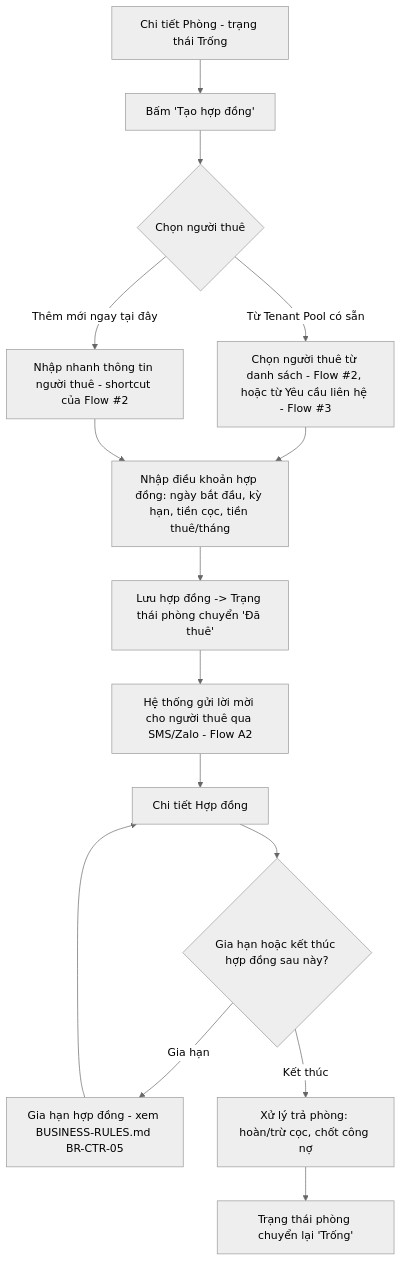
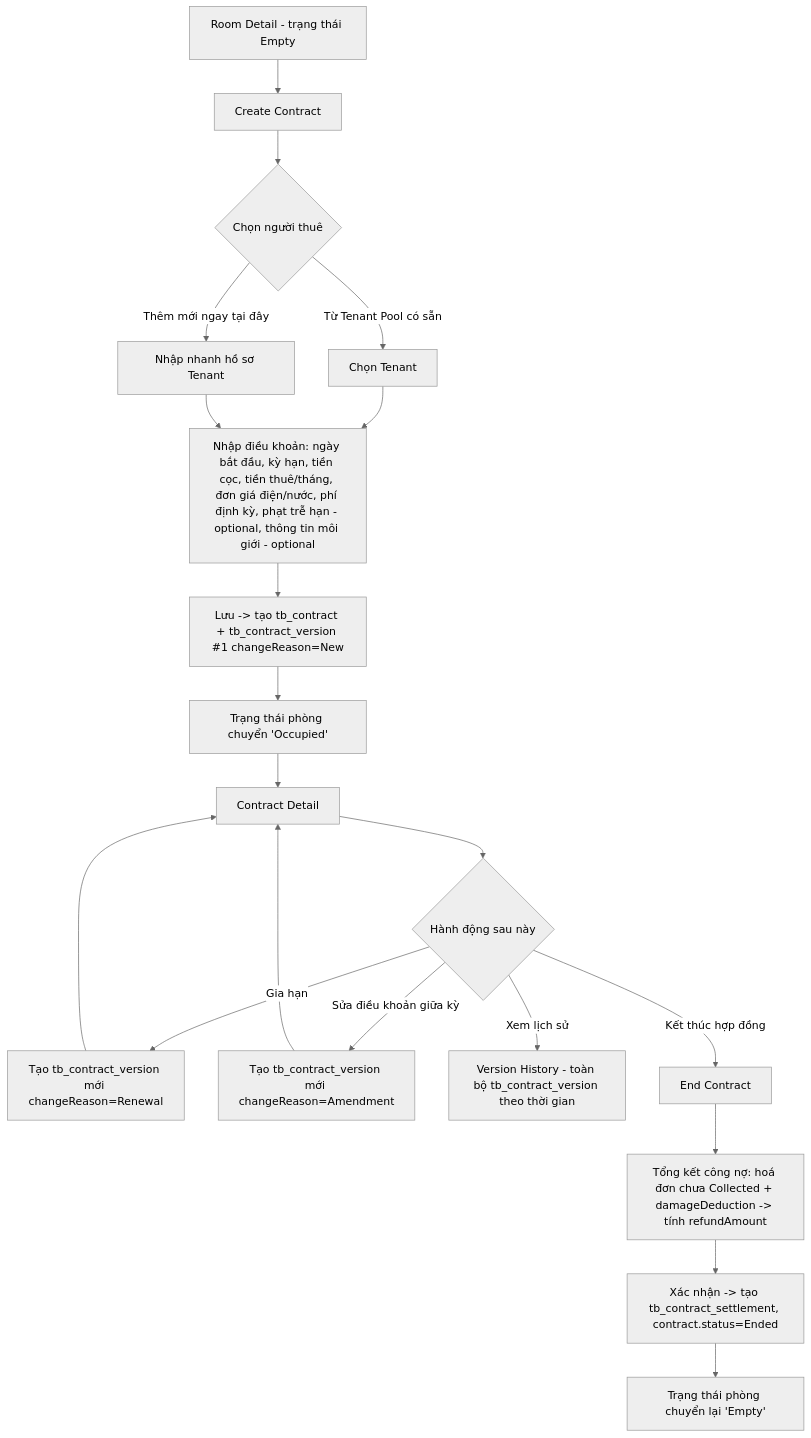
The sixth of 10 diagrams in docs/USER-FLOWS.md (townsoft-dev/biztown-rent), drawn with Mermaid (neutral theme) before and after one commit. The commit also changed other lines of this file and 3 other files, not shown here.

Commit message:
chỉnh sửa decicions.md, business-rules.md, product-overview.md, user-flows.md version 2, thu gọn phạm vi phase 1

````diff
--- a/docs/USER-FLOWS.md
+++ b/docs/USER-FLOWS.md
@@ -162,17 +123,22 @@
 ```mermaid
 flowchart TD
-    A[Chi tiết Phòng - trạng thái Trống] --> B[Bấm 'Tạo hợp đồng']
+    A[Room Detail - trạng thái Empty] --> B[Create Contract]
     B --> C{Chọn người thuê}
-    C -- Từ Tenant Pool có sẵn --> D[Chọn người thuê từ danh sách - Flow #2, hoặc từ Yêu cầu liên hệ - Flow #3]
-    C -- Thêm mới ngay tại đây --> E[Nhập nhanh thông tin người thuê - shortcut của Flow #2]
-    D --> F[Nhập điều khoản hợp đồng: ngày bắt đầu, kỳ hạn, tiền cọc, tiền thuê/tháng]
+    C -- Từ Tenant Pool có sẵn --> D[Chọn Tenant]
+    C -- Thêm mới ngay tại đây --> E[Nhập nhanh hồ sơ Tenant]
+    D --> F[Nhập điều khoản: ngày bắt đầu, kỳ hạn, tiền cọc, tiền thuê/tháng, đơn giá điện/nước, phí định kỳ, phạt trễ hạn - optional, thông tin môi giới - optional]
     E --> F
-    F --> G[Lưu hợp đồng -> Trạng thái phòng chuyển 'Đã thuê']
-    G --> H[Hệ thống gửi lời mời cho người thuê qua SMS/Zalo - Flow A2]
-    H --> I[Chi tiết Hợp đồng]
-    I --> J{Gia hạn hoặc kết thúc hợp đồng sau này?}
-    J -- Gia hạn --> J2[Gia hạn hợp đồng - xem BUSINESS-RULES.md BR-CTR-05]
-    J2 --> I
-    J -- Kết thúc --> K[Xử lý trả phòng: hoàn/trừ cọc, chốt công nợ]
-    K --> L[Trạng thái phòng chuyển lại 'Trống']
+    F --> G[Lưu -> tạo tb_contract + tb_contract_version #1 changeReason=New]
+    G --> H[Trạng thái phòng chuyển 'Occupied']
+    H --> I[Contract Detail]
+    I --> J{Hành động sau này}
+    J -- Gia hạn --> K[Tạo tb_contract_version mới changeReason=Renewal]
+    K --> I
+    J -- Sửa điều khoản giữa kỳ --> K2[Tạo tb_contract_version mới changeReason=Amendment]
+    K2 --> I
+    J -- Xem lịch sử --> L[Version History - toàn bộ tb_contract_version theo thời gian]
+    J -- Kết thúc hợp đồng --> M[End Contract]
+    M --> N[Tổng kết công nợ: hoá đơn chưa Collected + damageDeduction -> tính refundAmount]
+    N --> O[Xác nhận -> tạo tb_contract_settlement, contract.status=Ended]
+    O --> P[Trạng thái phòng chuyển lại 'Empty']
 ```
````
